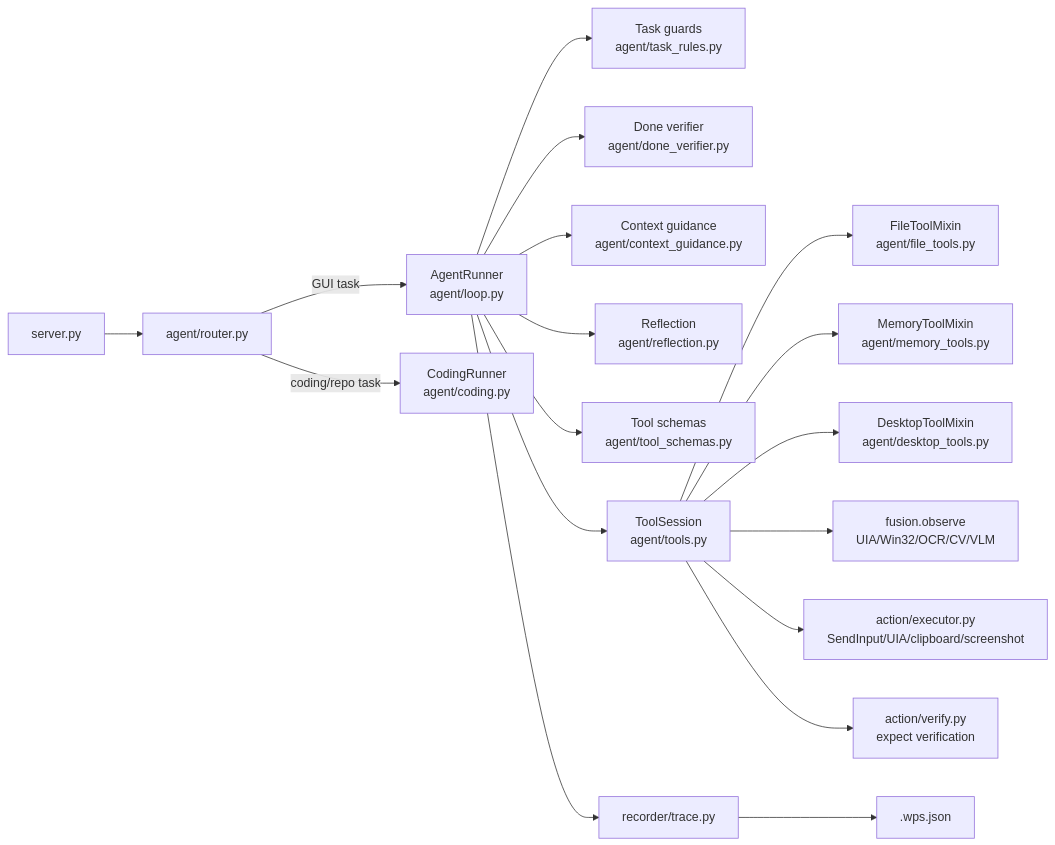
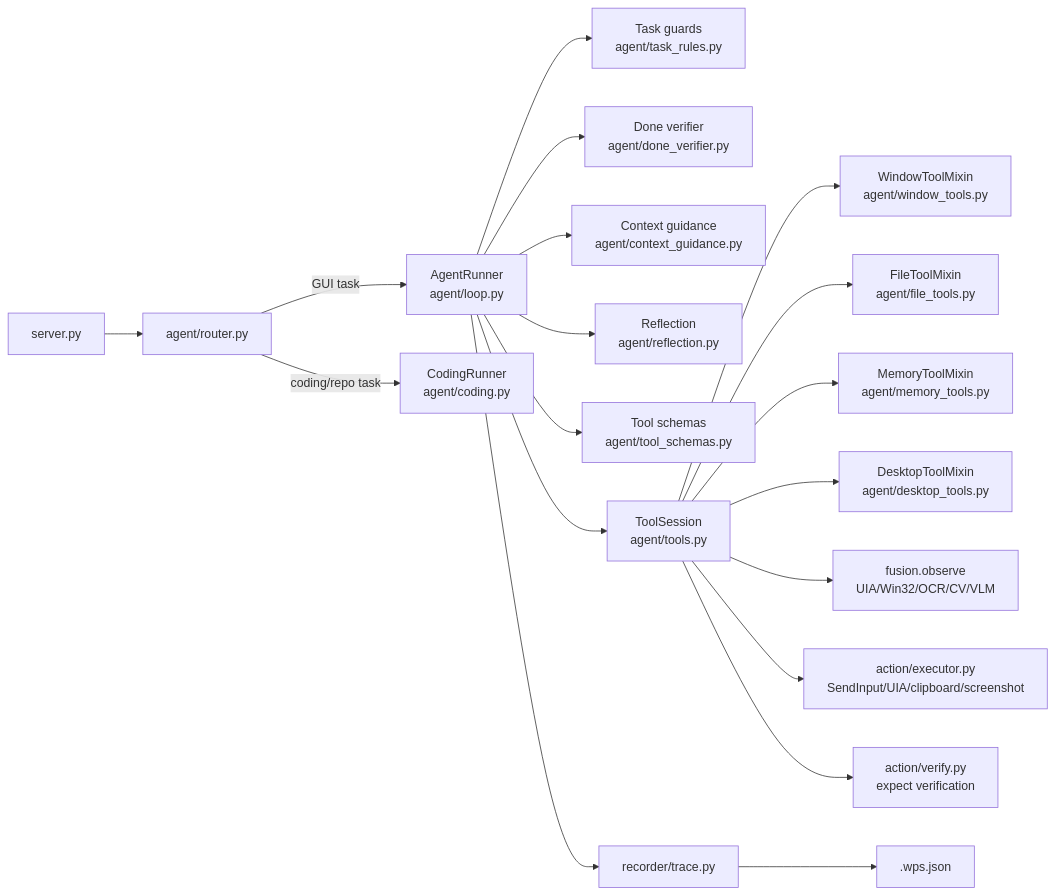
The second of 2 diagrams in docs/architecture.md (zoujiapeng/lingdong-script), drawn with Mermaid before and after one commit. The commit also changed other lines of this file and 8 other files, not shown here.

Commit message:
refactor: split window tool handlers

````diff
--- a/docs/architecture.md
+++ b/docs/architecture.md
@@ -40,20 +40,21 @@
 ```mermaid
 flowchart LR
     server["server.py"] --> router["agent/router.py"]
     router -->|"GUI task"| loop["AgentRunner<br/>agent/loop.py"]
     router -->|"coding/repo task"| coding["CodingRunner<br/>agent/coding.py"]
     loop --> rules["Task guards<br/>agent/task_rules.py"]
     loop --> donev["Done verifier<br/>agent/done_verifier.py"]
     loop --> context["Context guidance<br/>agent/context_guidance.py"]
     loop --> reflect["Reflection<br/>agent/reflection.py"]
     loop --> schemas["Tool schemas<br/>agent/tool_schemas.py"]
     loop --> tools["ToolSession<br/>agent/tools.py"]
+    tools --> windowtools["WindowToolMixin<br/>agent/window_tools.py"]
     tools --> filetools["FileToolMixin<br/>agent/file_tools.py"]
     tools --> memorytools["MemoryToolMixin<br/>agent/memory_tools.py"]
     tools --> desktoptools["DesktopToolMixin<br/>agent/desktop_tools.py"]
     tools --> fusion["fusion.observe<br/>UIA/Win32/OCR/CV/VLM"]
     tools --> action["action/executor.py<br/>SendInput/UIA/clipboard/screenshot"]
     tools --> verify["action/verify.py<br/>expect verification"]
     loop --> recorder["recorder/trace.py"]
     recorder --> wps[".wps.json"]
 ```
````
